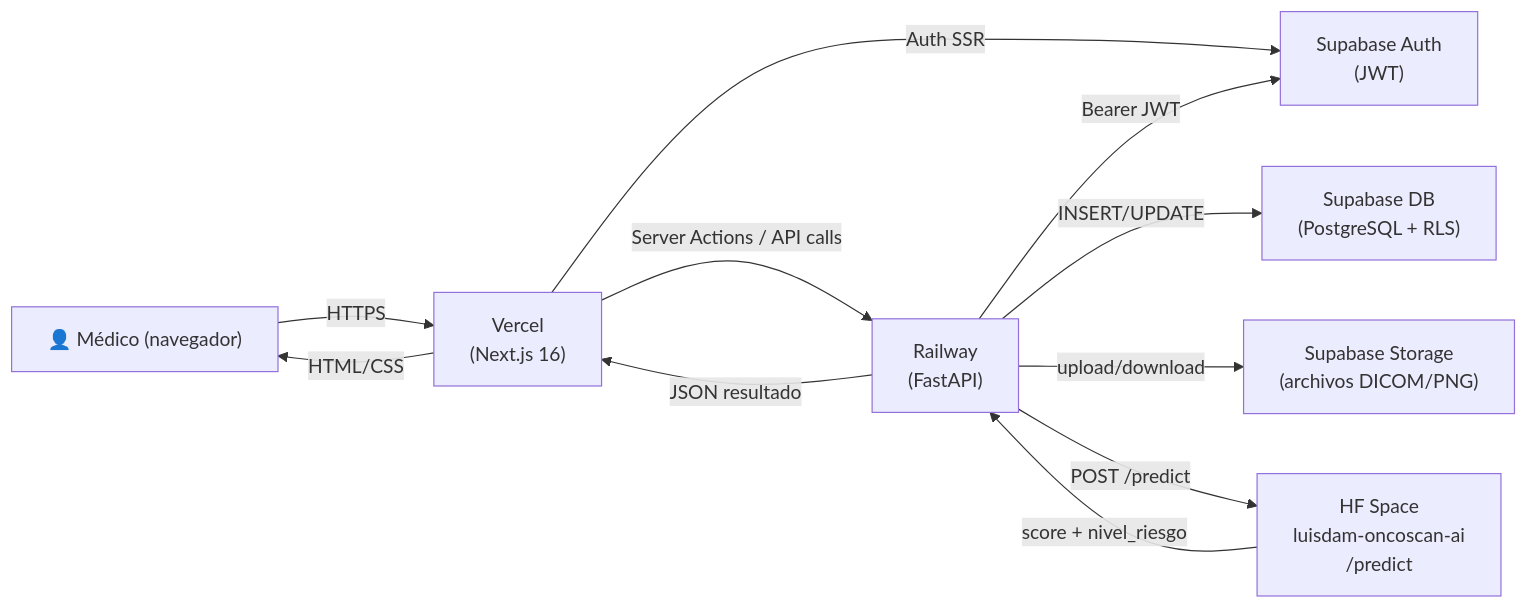
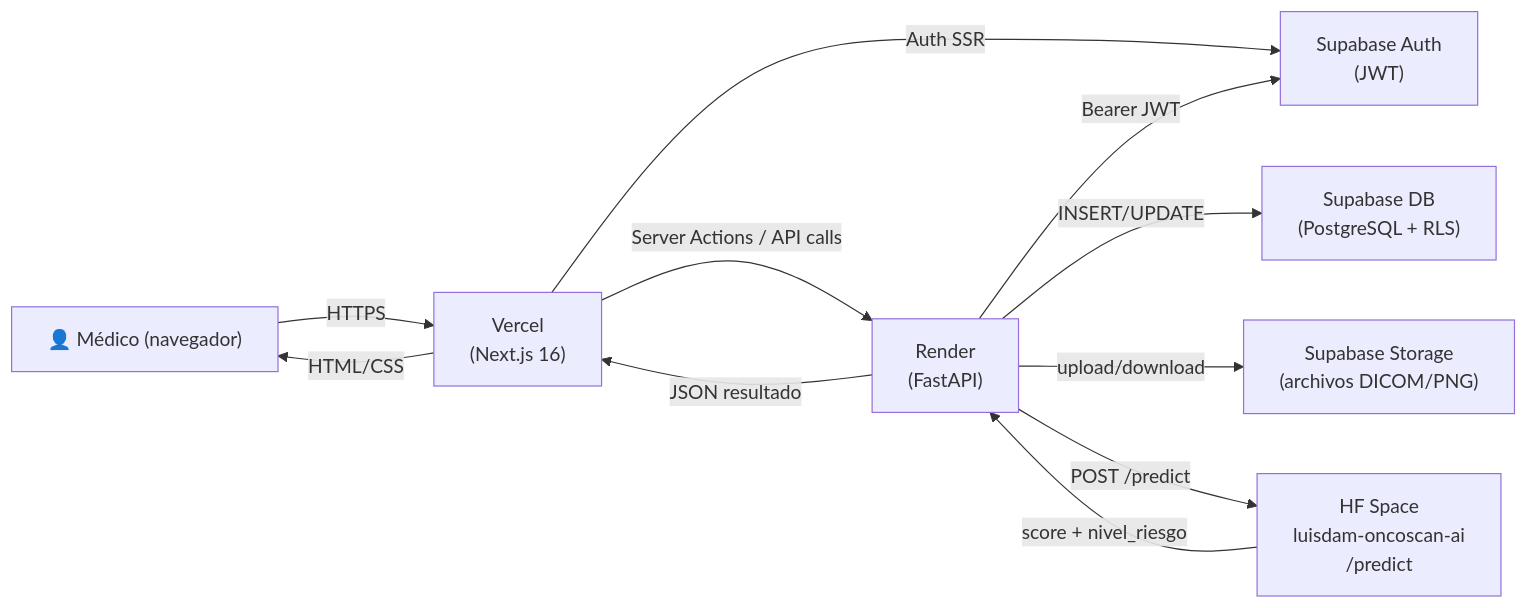
Before and after one commit to ProyectoBenditos/Benditos_cancer_detector: the diagram in docs/presentacion/00-comun.md, drawn with Mermaid. The commit also changed other lines of this file and 6 other files, not shown here.

First line of the commit message:
docs: migrar documentacion de despliegue del backend de Railway a Render

````diff
--- a/docs/presentacion/00-comun.md
+++ b/docs/presentacion/00-comun.md
@@ -51,21 +51,21 @@
 ```mermaid
 graph LR
     U["👤 Médico (navegador)"]
     V["Vercel\n(Next.js 16)"]
-    R["Railway\n(FastAPI)"]
+    R["Render\n(FastAPI)"]
     HF["HF Space\nluisdam-oncoscan-ai\n/predict"]
     SDB["Supabase DB\n(PostgreSQL + RLS)"]
     SST["Supabase Storage\n(archivos DICOM/PNG)"]
     SA["Supabase Auth\n(JWT)"]
 
     U -->|HTTPS| V
     V -->|Server Actions / API calls| R
     V -->|Auth SSR| SA
     R -->|Bearer JWT| SA
     R -->|INSERT/UPDATE| SDB
     R -->|upload/download| SST
     R -->|POST /predict| HF
     HF -->|score + nivel_riesgo| R
     R -->|JSON resultado| V
     V -->|HTML/CSS| U
 ```
````
